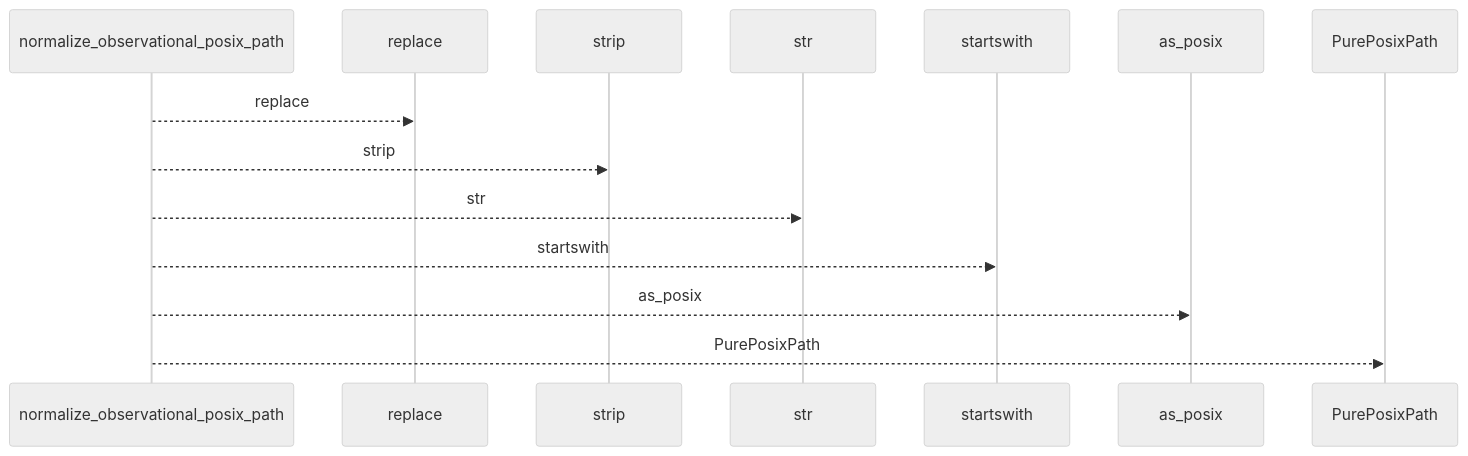
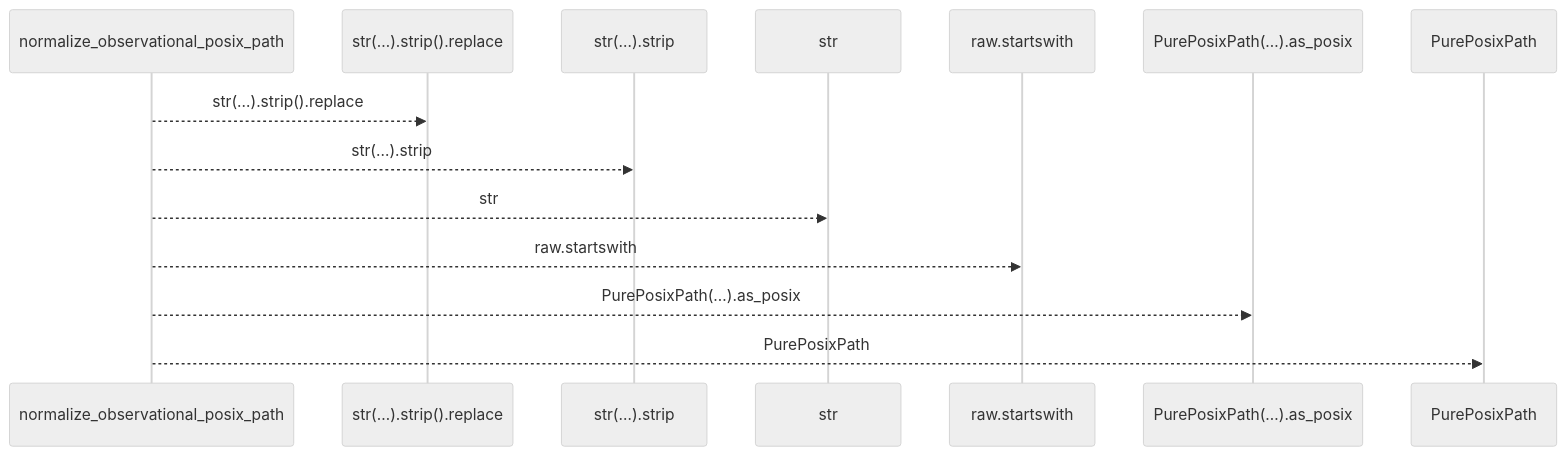
Before and after one commit to Denissvgn/python-wiki-llm: the first of 2 diagrams in docs/llm_wiki/flows/api-normalize_observational_posix_path.md, drawn with Mermaid (neutral theme). The commit also changed other lines of this file and 719 other files, not shown here.

````diff
--- a/docs/llm_wiki/flows/api-normalize_observational_posix_path.md
+++ b/docs/llm_wiki/flows/api-normalize_observational_posix_path.md
@@ -10,16 +10,16 @@
 ```mermaid
 sequenceDiagram
     participant p0 as normalize_observational_posix_path
-    participant p1 as replace
-    participant p2 as strip
+    participant p1 as str(…).strip().replace
+    participant p2 as str(…).strip
     participant p3 as str
-    participant p4 as startswith
-    participant p5 as as_posix
+    participant p4 as raw.startswith
+    participant p5 as PurePosixPath(…).as_posix
     participant p6 as PurePosixPath
-    p0-->>p1: replace
-    p0-->>p2: strip
+    p0-->>p1: str(…).strip().replace
+    p0-->>p2: str(…).strip
     p0-->>p3: str
-    p0-->>p4: startswith
-    p0-->>p5: as_posix
+    p0-->>p4: raw.startswith
+    p0-->>p5: PurePosixPath(…).as_posix
     p0-->>p6: PurePosixPath
 ```
````
